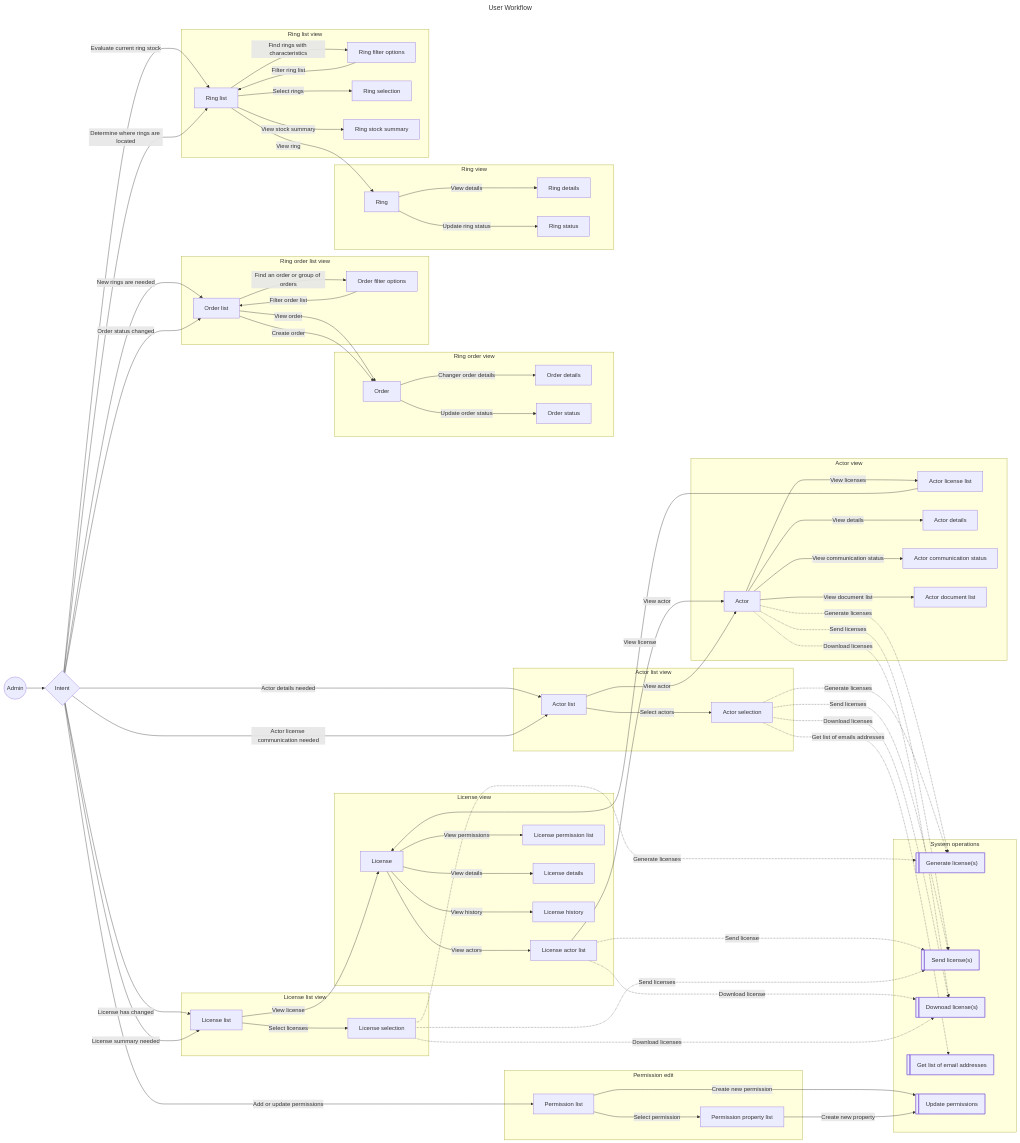
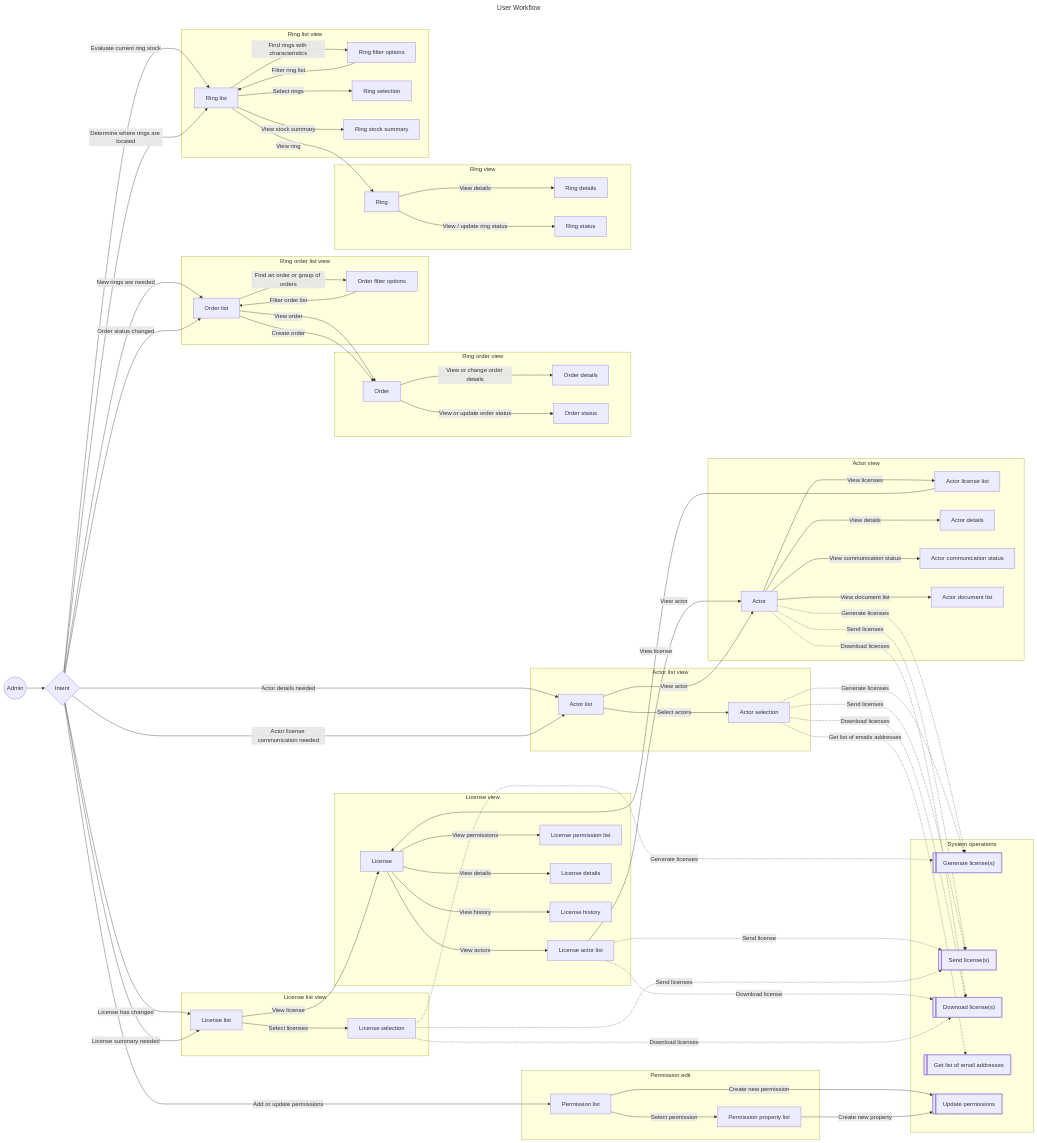
The diagram in ui-examples/public/diagrams/bird-ringing-user-workflow.mermaid (pdmnyberg/ui-examples), drawn with Mermaid before and after one commit.

Commit message:
fix: adjust order actions

```diff
--- a/ui-examples/public/diagrams/bird-ringing-user-workflow.mermaid
+++ b/ui-examples/public/diagrams/bird-ringing-user-workflow.mermaid
@@ -1,155 +1,155 @@
 ---
 title: User Workflow
 descriptions: 
 - title: Actor
   content: An actor is either a 'Ringer', a 'Helper' or an 'Associate'
 - title: Admin
   content: Admin is the ringer license administrator working with managing commincation regarding active licenses
 - title: Actor selection
   content: Selections are assumed to involve some filtering or search for items but the details on which filters are necessary are left out to simplify the workflow
 - title: System operations
   content: |
    System operations are operations performed by the system which generally generate some output
 
    When operations are performed on licenses it is generally assumed that they are performed on all actors assigned to the selected licenses, that are relevant for the selected operation
 ---
 
 flowchart LR
     admin@{ shape: circle, label: "Admin" }
     intent@{ shape: diamond, label: "Intent" }
 
     subgraph license_group[" "]
       subgraph license_list_view["License list view"]
           llist[License list]
           lselection[License selection]
       end
 
       subgraph license_view["License view"]
           license[License]
           lalist[License actor list]
           lplist[License permission list]
           ldetails[License details]
           lhistory[License history]
       end
     end
     style license_group fill:transparent,stroke:transparent,color:transparent
 
     subgraph system_operations["System operations"]
         lgenerate@{ shape: lin-rect , label: "Generate license(s)"}
         lsend@{ shape: lin-rect , label: "Send license(s)"}
         ldownload@{ shape: lin-rect , label: "Downoad license(s)"}
         listemails@{ shape: lin-rect , label: "Get list of email addresses"}
         permissionupdate@{ shape: lin-rect , label: "Update permissions"}
     end
 
     subgraph actor_group[" "]
       subgraph actor_list_view["Actor list view"]
           alist[Actor list]
           aselection[Actor selection]
       end
 
       subgraph actor_view["Actor view"]
           actor[Actor]
           allist[Actor license list]
           adetails[Actor details]
           acomstatus[Actor communication status]
           adlist[Actor document list]
       end
     end
     style actor_group fill:transparent,stroke:transparent,color:transparent
 
     subgraph permission_edit["Permission edit"]
       permissionlist[Permission list]
       permissionpropertylist[Permission property list]
     end
 
     subgraph ring_group[" "]
       subgraph ring_order_list["Ring order list view"]
         orderlist[Order list]
         orderfilter[Order filter options]
       end
 
       subgraph ring_order["Ring order view"]
         order[Order]
         orderdetails[Order details]
         orderstatus[Order status]
       end
 
       subgraph ring_view["Ring view"]
           ring[Ring]
           ringdetails[Ring details]
           ringstatus[Ring status]
       end
 
       subgraph ring_list_view["Ring list view"]
           ringlist[Ring list]
           ringfilter[Ring filter options]
           ringselection[Ring selection]
           ringstocksummary[Ring stock summary]
       end
     end
     style ring_group fill:transparent,stroke:transparent,color:transparent
     
 
     admin --> intent
     intent -- "License has changed" --> llist
     intent -- "License summary needed" --> llist
     intent -- "Add or update permissions" --> permissionlist
     llist -- "Select licenses" --> lselection
     llist -- "View license" --> license
 
     intent -- "Actor details needed" --> alist
     intent -- "Actor license communication needed" --> alist
     alist -- "Select actors" --> aselection
     alist -- "View actor" --> actor
 
     license -- "View actors" --> lalist
     lalist -- "View actor" --> actor
     license -- "View permissions" --> lplist
     license -- "View details" --> ldetails
     license -- "View history" --> lhistory
 
     lalist -. "Send license" .-> lsend
     lalist -. "Download license" .-> ldownload
 
     permissionlist -- "Select permission" --> permissionpropertylist
     permissionlist -- "Create new permission" --> permissionupdate
     permissionpropertylist -- "Create new property" --> permissionupdate
 
     lselection -. "Generate licenses" .-> lgenerate
     lselection -. "Send licenses" .-> lsend
     lselection -. "Download licenses" .-> ldownload
 
     actor -. "Generate licenses" .-> lgenerate
     actor -. "Send licenses" .-> lsend
     actor -. "Download licenses" .-> ldownload
     actor -- "View licenses" --> allist
     actor -- "View details" --> adetails
     actor -- "View communication status" --> acomstatus
     actor -- "View document list" --> adlist
     allist -- "View license" --> license
 
     aselection -. "Generate licenses" .-> lgenerate
     aselection -. "Send licenses" .-> lsend
     aselection -. "Download licenses" .-> ldownload
     aselection -. "Get list of emails addresses" .-> listemails
 
     intent -- "Evaluate current ring stock" --> ringlist
     intent -- "Determine where rings are located" --> ringlist
     ringlist -- "Find rings with characteristics" --> ringfilter
     ringfilter -- "Filter ring list" --> ringlist
     ringlist -- "View ring" --> ring
     ringlist -- "Select rings" --> ringselection
     ringlist -- "View stock summary" --> ringstocksummary
     ring -- "View details" --> ringdetails
-    ring -- "Update ring status" --> ringstatus
+    ring -- "View / update ring status" --> ringstatus
 
 
     intent -- "New rings are needed" --> orderlist
     intent -- "Order status changed" --> orderlist
     orderlist -- "Find an order or group of orders" --> orderfilter
     orderfilter -- "Filter order list" --> orderlist
     orderlist -- "View order" --> order
     orderlist -- "Create order" --> order
-    order -- "Update order status" --> orderstatus
-    order -- "Changer order details" --> orderdetails
+    order -- "View or update order status" --> orderstatus
+    order -- "View or change order details" --> orderdetails
```
